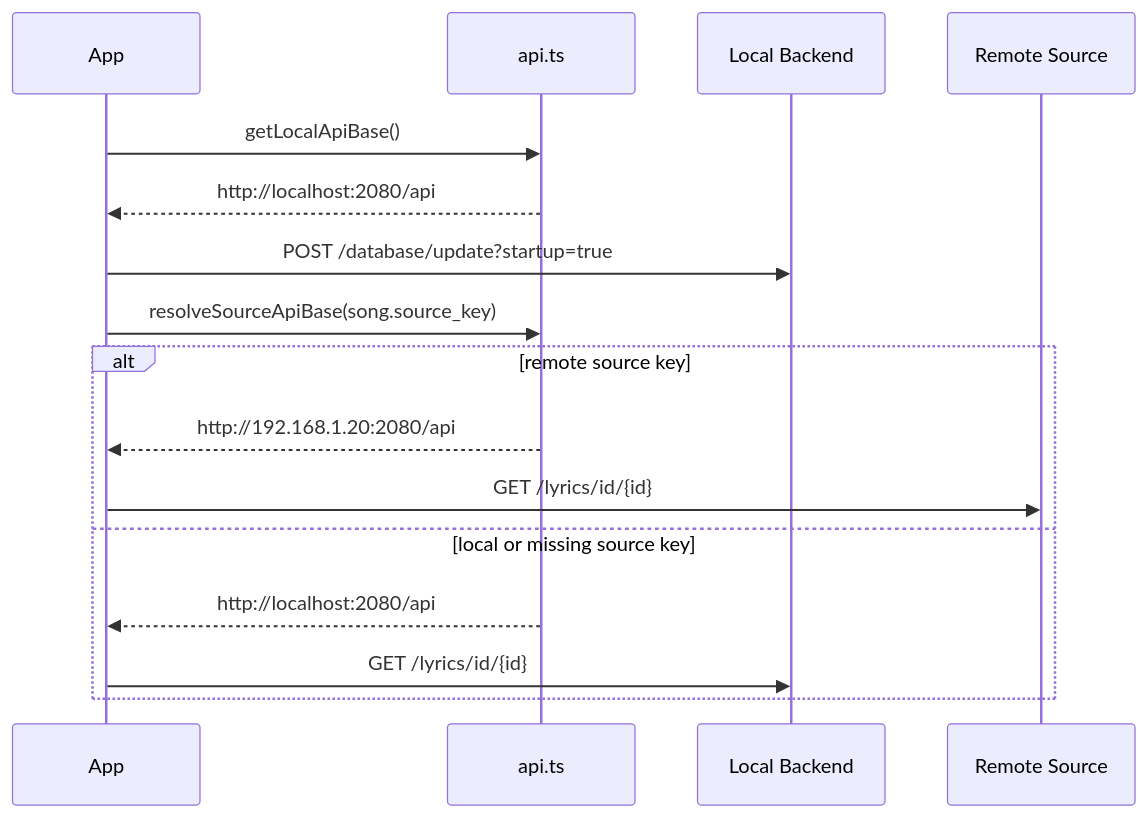
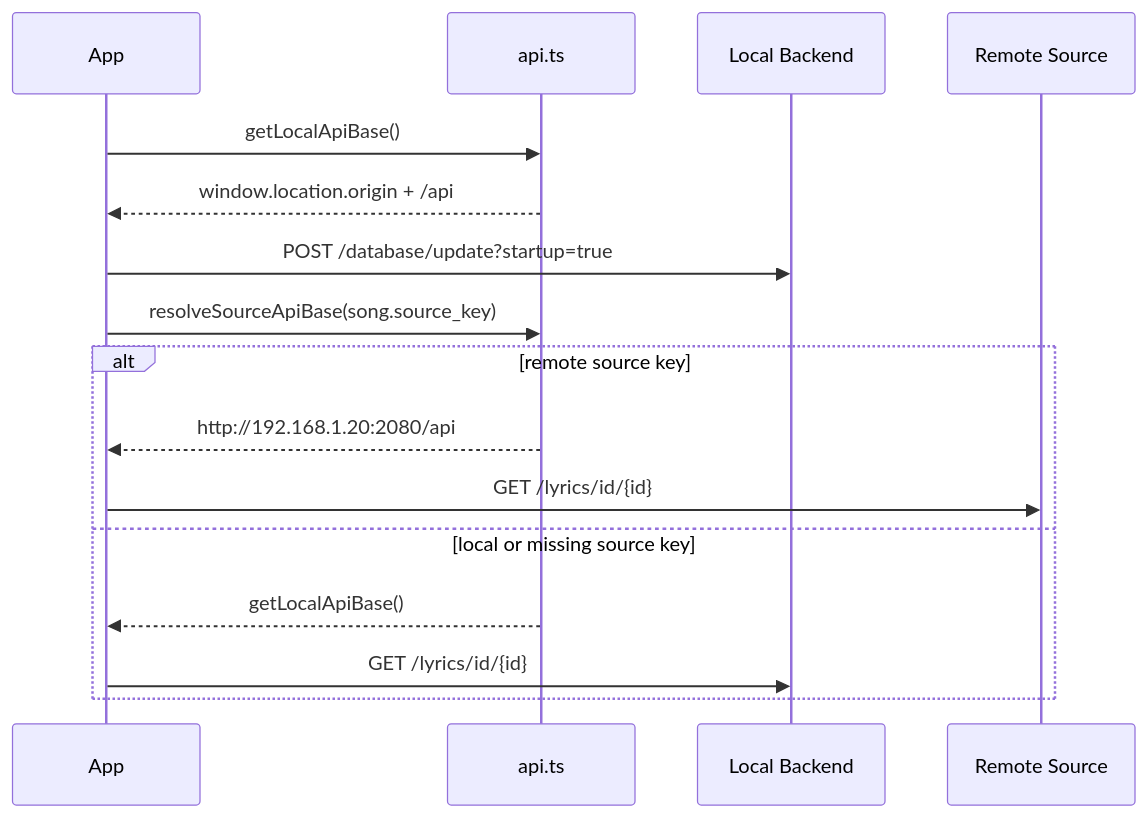
Before and after one commit to Afeather2017/Kaulan: the diagram in docs/configurable-server-url.md, drawn with Mermaid. The commit also changed other lines of this file and 13 other files, not shown here.

````diff
--- a/docs/configurable-server-url.md
+++ b/docs/configurable-server-url.md
@@ -73,20 +77,20 @@
 ```mermaid
 sequenceDiagram
     participant App
     participant Api as api.ts
     participant Local as Local Backend
     participant Remote as Remote Source
 
     App->>Api: getLocalApiBase()
-    Api-->>App: http://localhost:2080/api
+    Api-->>App: window.location.origin + /api
     App->>Local: POST /database/update?startup=true
 
     App->>Api: resolveSourceApiBase(song.source_key)
     alt remote source key
         Api-->>App: http://192.168.1.20:2080/api
         App->>Remote: GET /lyrics/id/{id}
     else local or missing source key
-        Api-->>App: http://localhost:2080/api
+        Api-->>App: getLocalApiBase()
         App->>Local: GET /lyrics/id/{id}
     end
 ```
````
